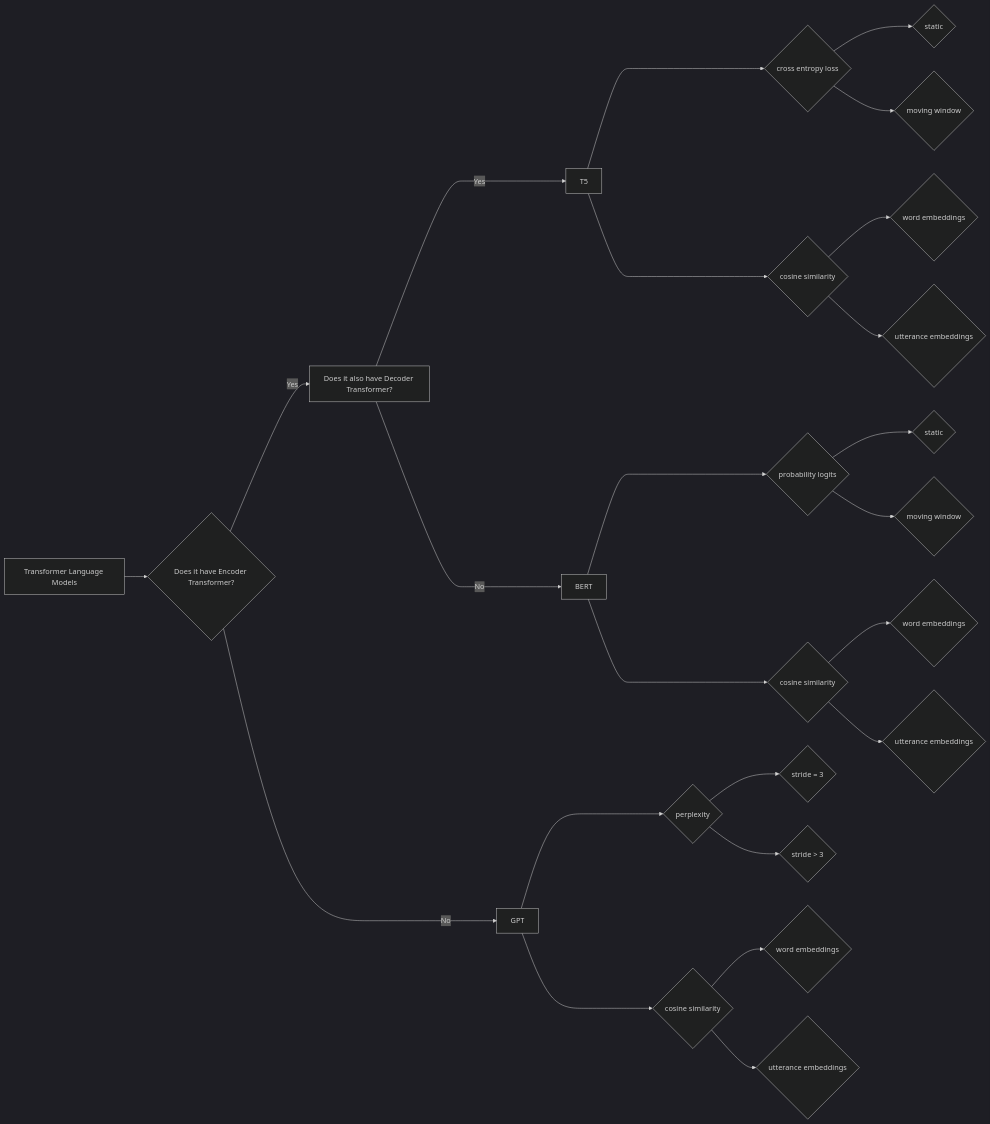
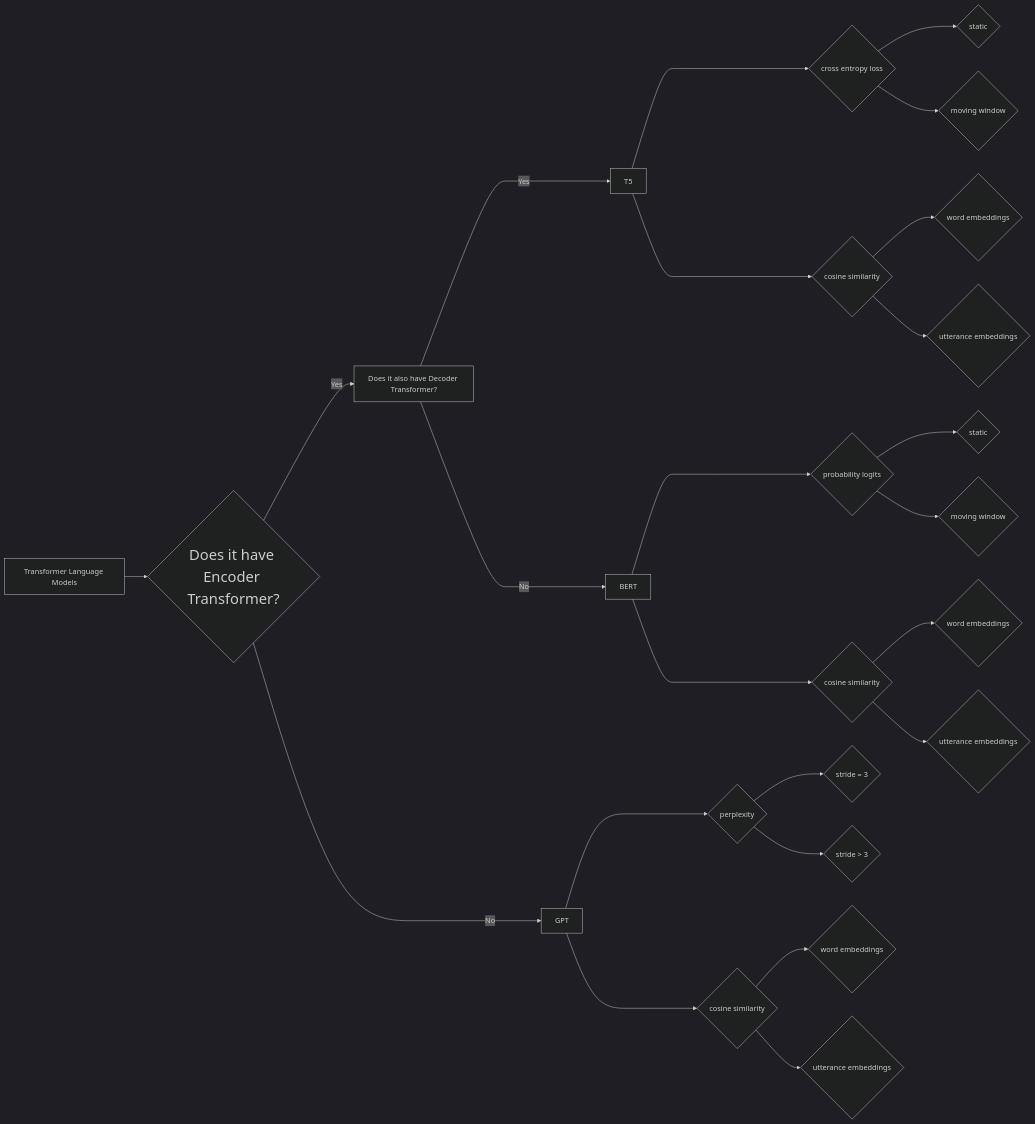
One commit to yancong222/SSD-LM-STanglab changed the diagram in README.md. Above: the diagram before and after it, drawn with Mermaid (dark theme).

````diff
--- a/README.md
+++ b/README.md
@@ -4,27 +4,27 @@
 ```mermaid
 flowchart LR
-    A[Transformer Language Models] --> B{Does it have Encoder Transformer?}
+    A[Transformer Language Models] --> B{<font size=6>Does it have Encoder Transformer?}
     B -- Yes --> C[Does it also have Decoder Transformer?]
     C -- Yes ----> D[T5] ----> G{cross entropy loss}
     G --> J{static} 
     G --> K{moving window}
     D ----> P{cosine similarity}
     P --> Q{word embeddings}
     P --> R{utterance embeddings}
     C -- No ----> E[BERT] ----> H{probability logits}
     H --> L{static} 
     H --> M{moving window}
     E ----> S{cosine similarity}
     S --> T{word embeddings}
     S --> U{utterance embeddings}
     B -- No ----> F[GPT] ----> I{perplexity}
     I --> N{stride = 3}
     I --> O{stride > 3}
     F ----> V{cosine similarity}
     V --> W{word embeddings}
     V --> X{utterance embeddings}
     click A "https://github.com/yancong222/scriptscz/blob/main/perplexity/ed_perplexity.py" _blank
     click B "http://www.github.com" "Open this in a new tab" _blank
     click C href "http://www.github.com" _blank
     click D href "http://www.github.com" "Open this in a new tab" _blank
 ```
````
